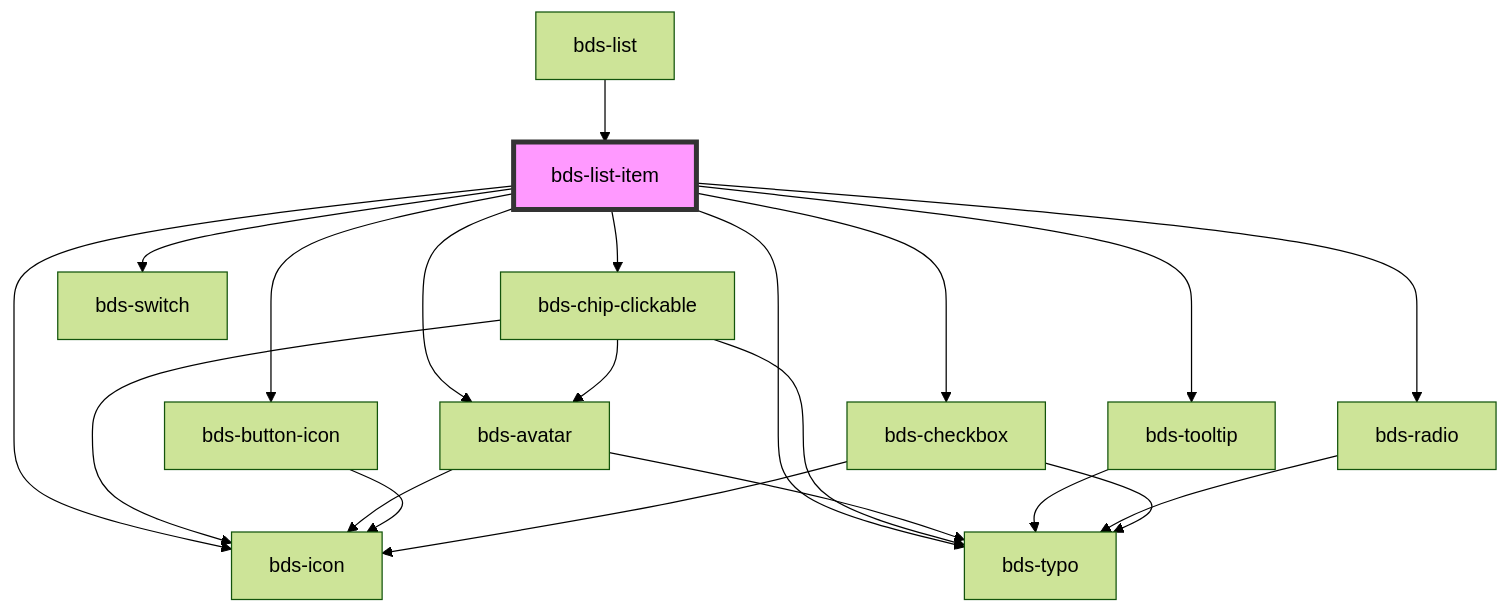
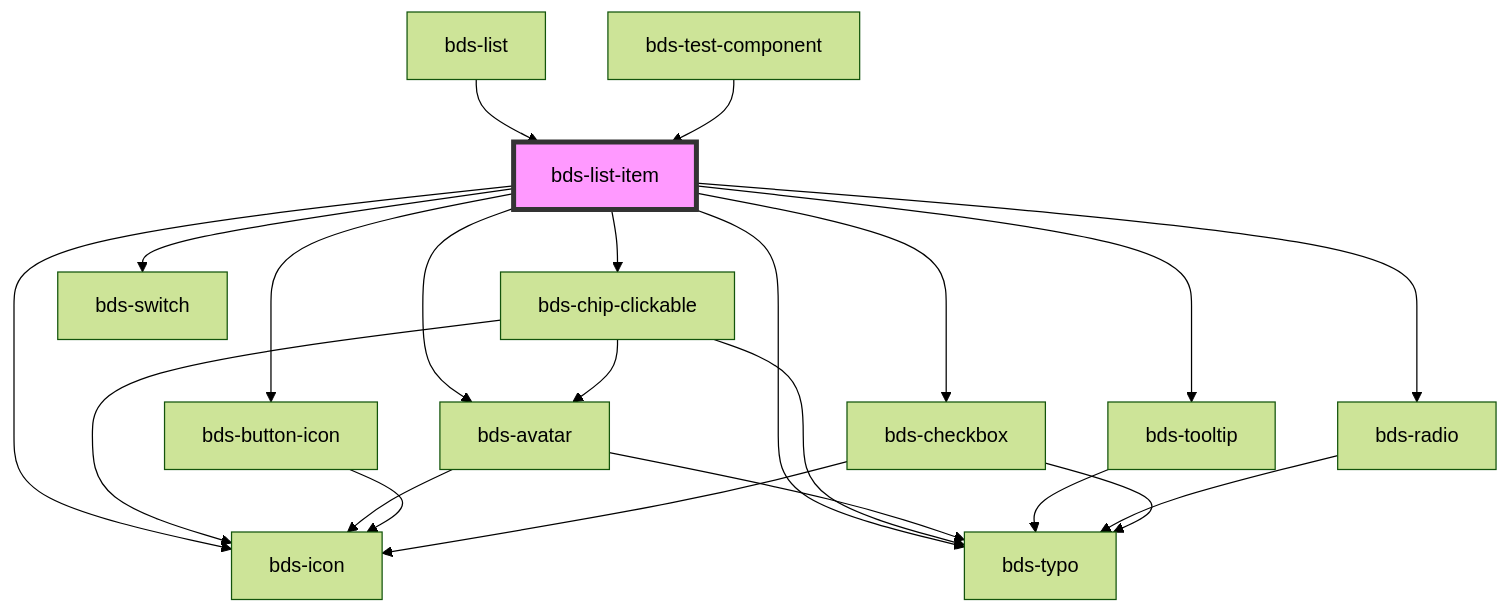
Before and after one commit to takenet/blip-ds: the diagram in src/components/list/readme.md, drawn with Mermaid (forest theme). The commit also changed other lines of this file and 73 other files, not shown here.

````diff
--- a/src/components/list/readme.md
+++ b/src/components/list/readme.md
@@ -52,24 +53,25 @@
 ```mermaid
 graph TD;
   bds-list-item --> bds-chip-clickable
   bds-list-item --> bds-tooltip
   bds-list-item --> bds-button-icon
   bds-list-item --> bds-radio
   bds-list-item --> bds-checkbox
   bds-list-item --> bds-avatar
   bds-list-item --> bds-icon
   bds-list-item --> bds-typo
   bds-list-item --> bds-switch
   bds-chip-clickable --> bds-icon
   bds-chip-clickable --> bds-avatar
   bds-chip-clickable --> bds-typo
   bds-avatar --> bds-typo
   bds-avatar --> bds-icon
   bds-tooltip --> bds-typo
   bds-button-icon --> bds-icon
   bds-radio --> bds-typo
   bds-checkbox --> bds-icon
   bds-checkbox --> bds-typo
   bds-list --> bds-list-item
+  bds-test-component --> bds-list-item
   style bds-list-item fill:#f9f,stroke:#333,stroke-width:4px
 ```
````
